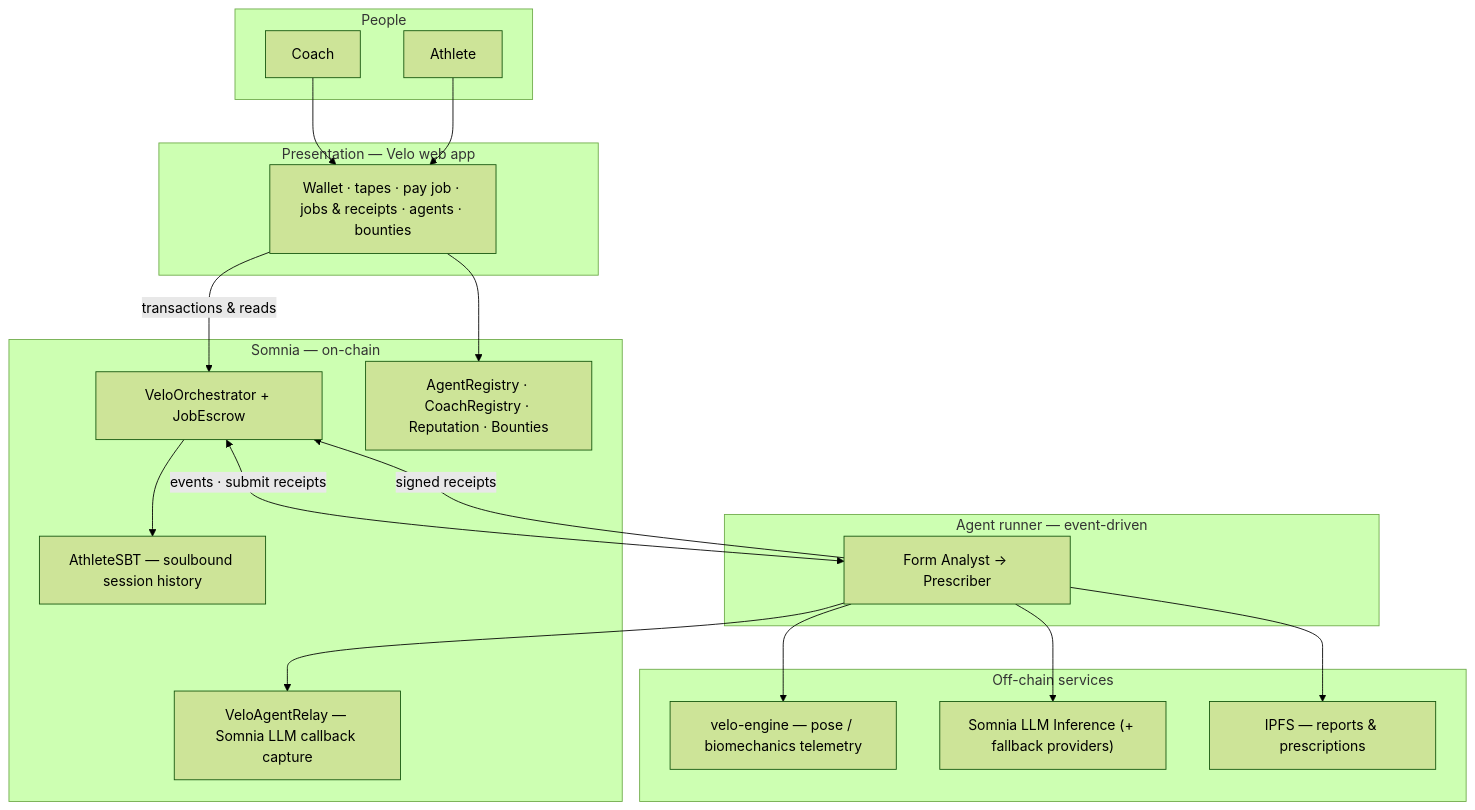
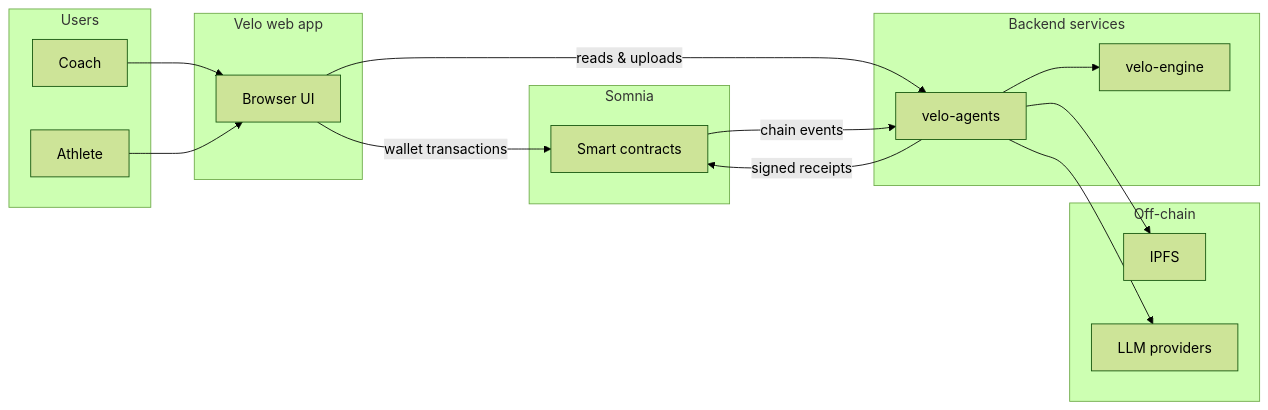
Before and after one commit to cmm25/VeloApp: the diagram in README.md, drawn with Mermaid (forest theme). The commit also changed other lines of this file and 4 other files, not shown here.

````diff
--- a/README.md
+++ b/README.md
@@ -25,40 +42,35 @@
 ```mermaid
-flowchart TB
-  subgraph people["People"]
-    Coach["Coach"]
-    Athlete["Athlete"]
+flowchart LR
+  subgraph users["Users"]
+    Coach
+    Athlete
   end
 
-  subgraph app["Presentation — Velo web app"]
-    UI["Wallet · tapes · pay job · jobs & receipts · agents · bounties"]
+  subgraph velo["Velo web app"]
+    UI["Browser UI"]
   end
 
-  subgraph chain["Somnia — on-chain"]
-    Orch["VeloOrchestrator + JobEscrow"]
-    SBT["AthleteSBT — soulbound session history"]
-    Registry["AgentRegistry · CoachRegistry · Reputation · Bounties"]
-    Relay["VeloAgentRelay — Somnia LLM callback capture"]
+  subgraph somnia["Somnia"]
+    Contracts["Smart contracts"]
   end
 
-  subgraph runner["Agent runner — event-driven"]
-    Pipeline["Form Analyst → Prescriber"]
+  subgraph backend["Backend services"]
+    Agents["velo-agents"]
+    Engine["velo-engine"]
   end
 
-  subgraph services["Off-chain services"]
-    Engine["velo-engine — pose / biomechanics telemetry"]
-    LLM["Somnia LLM Inference (+ fallback providers)"]
-    IPFS["IPFS — reports & prescriptions"]
+  subgraph storage["Off-chain"]
+    IPFS["IPFS"]
+    LLM["LLM providers"]
   end
 
   Coach --> UI
   Athlete --> UI
-  UI -->|"transactions & reads"| Orch
-  UI --> Registry
-  Orch <-->|"events · submit receipts"| Pipeline
-  Pipeline --> Engine
-  Pipeline --> LLM
-  Pipeline --> Relay
-  Pipeline --> IPFS
-  Pipeline -->|"signed receipts"| Orch
-  Orch --> SBT
+  UI -->|"wallet transactions"| Contracts
+  UI -->|"reads & uploads"| Agents
+  Contracts -->|"chain events"| Agents
+  Agents --> Engine
+  Agents --> LLM
+  Agents --> IPFS
+  Agents -->|"signed receipts"| Contracts
 ```
````
